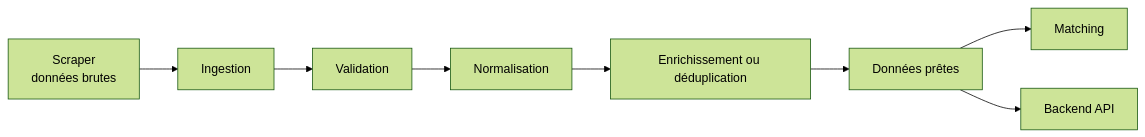
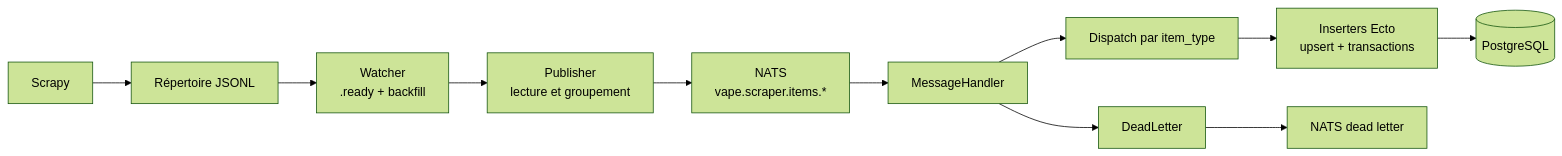
The diagram in pipeline/README.md (darkslategrey/vapalape-public), drawn with Mermaid (forest theme) before and after one commit. The commit also changed other lines of this file and 6 other files, not shown here.

````diff
--- a/pipeline/README.md
+++ b/pipeline/README.md
@@ -16,10 +25,13 @@
 ```mermaid
 flowchart LR
-    S[Scraper\ndonnées brutes] --> I[Ingestion]
-    I --> V[Validation]
-    V --> N[Normalisation]
-    N --> E[Enrichissement ou déduplication]
-    E --> O[Données prêtes]
-    O --> M[Matching]
-    O --> A[Backend API]
+    S[Scrapy] --> J[Répertoire JSONL]
+    J --> W[Watcher\n.ready + backfill]
+    W --> P[Publisher\nlecture et groupement]
+    P --> N[NATS\nvape.scraper.items.*]
+    N --> H[MessageHandler]
+    H --> D[Dispatch par item_type]
+    D --> U[Inserters Ecto\nupsert + transactions]
+    U --> DB[(PostgreSQL)]
+    H --> DL[DeadLetter]
+    DL --> NDL[NATS dead letter]
 ```
````
